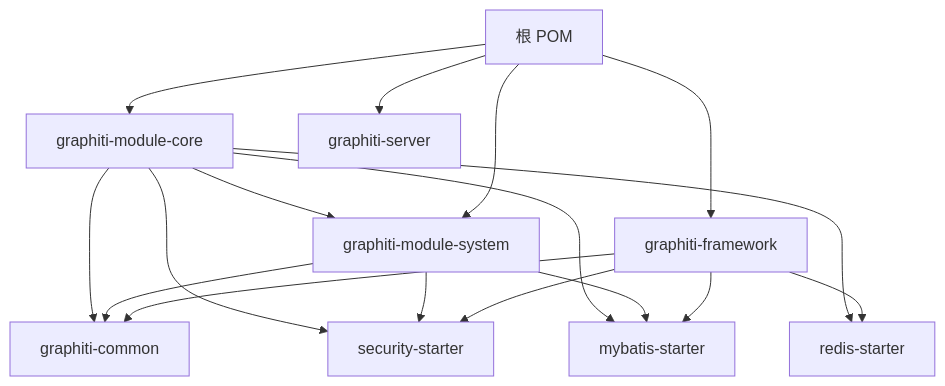
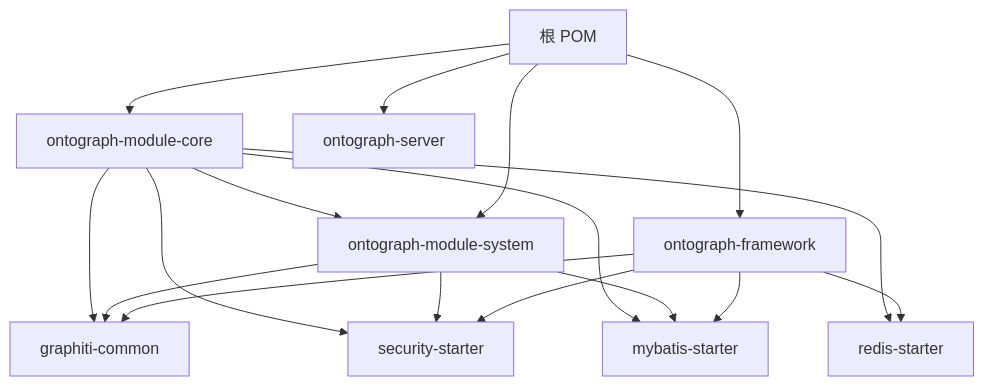
Before and after one commit to joezxh/graphiti-java: the third of 7 diagrams in docs/manual/架构设计/架构设计.md, drawn with Mermaid. The commit also changed other lines of this file and 200 other files, not shown here.

````diff
--- a/docs/manual/架构设计/架构设计.md
+++ b/docs/manual/架构设计/架构设计.md
@@ -156,24 +156,24 @@
 ```mermaid
 graph TB
 ROOT["根 POM"]
-FRAME["graphiti-framework"]
-SYS["graphiti-module-system"]
-CORE["graphiti-module-core"]
-SERVER["graphiti-server"]
+FRAME["ontograph-framework"]
+SYS["ontograph-module-system"]
+CORE["ontograph-module-core"]
+SERVER["ontograph-server"]
 ROOT --> FRAME
 ROOT --> SYS
 ROOT --> CORE
 ROOT --> SERVER
 FRAME --> COMMON["graphiti-common"]
 FRAME --> SEC["security-starter"]
 FRAME --> MYB["mybatis-starter"]
 FRAME --> REDIS["redis-starter"]
 SYS --> COMMON
 SYS --> SEC
 SYS --> MYB
 CORE --> SYS
 CORE --> COMMON
 CORE --> SEC
 CORE --> MYB
 CORE --> REDIS
 ```
````
